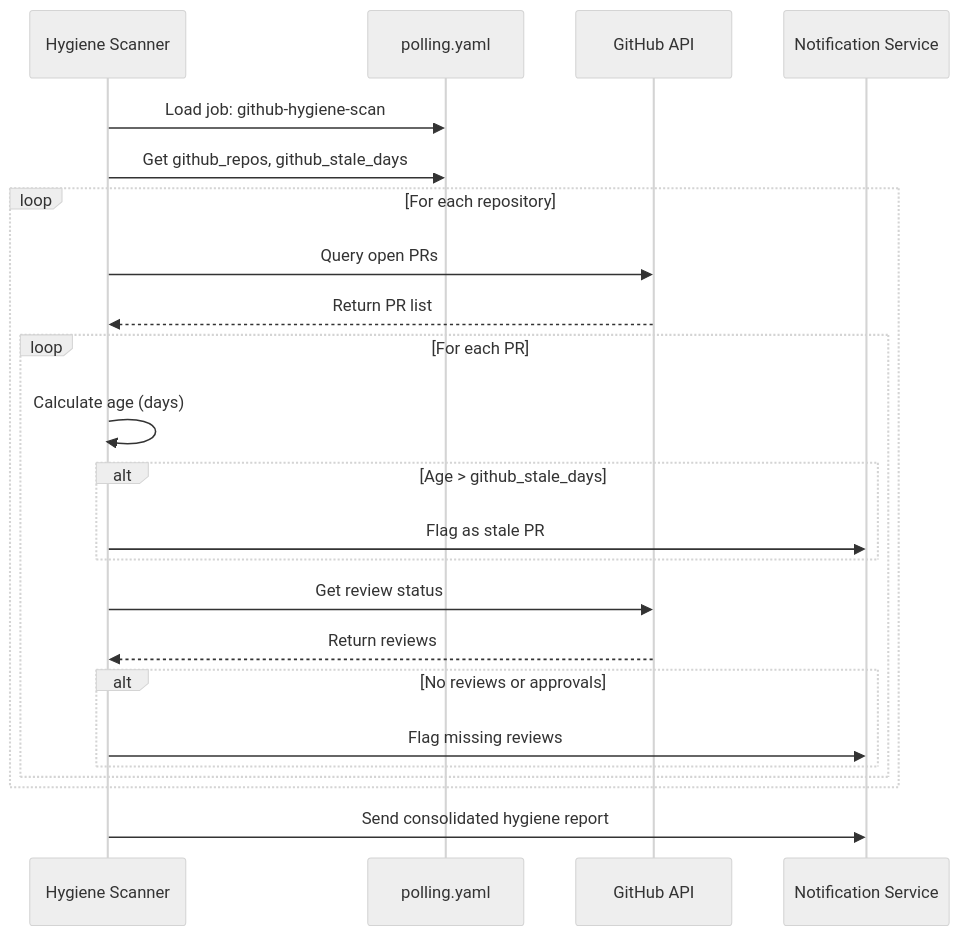
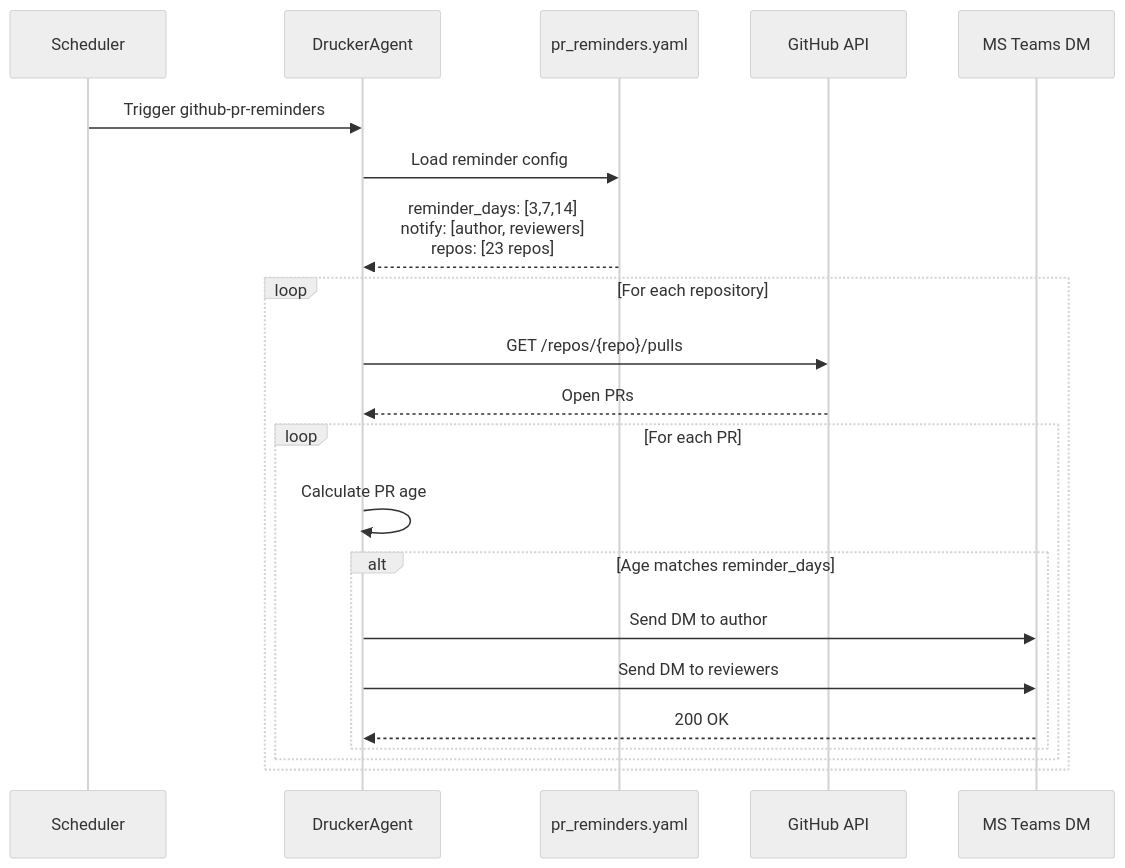
One commit to jmac-cornelis/agent-workforce changed the third of 4 diagrams in agents/drucker/docs/config.md. Above: the diagram before and after it, drawn with Mermaid (neutral theme). The commit also changed other lines of this file and 5 other files, not shown here.

````diff
--- a/agents/drucker/docs/config.md
+++ b/agents/drucker/docs/config.md
@@ -98,32 +91,26 @@
 ```mermaid
 sequenceDiagram
-    participant Scanner as Hygiene Scanner
-    participant Config as polling.yaml
+    participant Scheduler
+    participant DruckerAgent
+    participant PRConfig as pr_reminders.yaml
     participant GitHub as GitHub API
-    participant Notifier as Notification Service
+    participant Teams as MS Teams DM
     
-    Scanner->>Config: Load job: github-hygiene-scan
-    Scanner->>Config: Get github_repos, github_stale_days
+    Scheduler->>DruckerAgent: Trigger github-pr-reminders
+    DruckerAgent->>PRConfig: Load reminder config
+    PRConfig-->>DruckerAgent: reminder_days: [3,7,14]<br/>notify: [author, reviewers]<br/>repos: [23 repos]
     
     loop For each repository
-        Scanner->>GitHub: Query open PRs
-        GitHub-->>Scanner: Return PR list
+        DruckerAgent->>GitHub: GET /repos/{repo}/pulls
+        GitHub-->>DruckerAgent: Open PRs
         
         loop For each PR
-            Scanner->>Scanner: Calculate age (days)
-            
-            alt Age > github_stale_days
-                Scanner->>Notifier: Flag as stale PR
-            end
-            
-            Scanner->>GitHub: Get review status
-            GitHub-->>Scanner: Return reviews
-            
-            alt No reviews or approvals
-                Scanner->>Notifier: Flag missing reviews
+            DruckerAgent->>DruckerAgent: Calculate PR age
+            alt Age matches reminder_days
+                DruckerAgent->>Teams: Send DM to author
+                DruckerAgent->>Teams: Send DM to reviewers
+                Teams-->>DruckerAgent: 200 OK
             end
         end
     end
-    
-    Scanner->>Notifier: Send consolidated hygiene report
 ```
````
